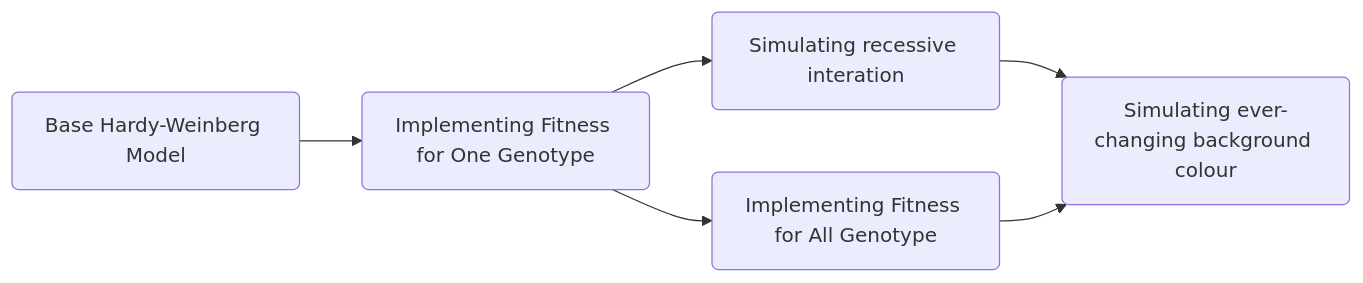
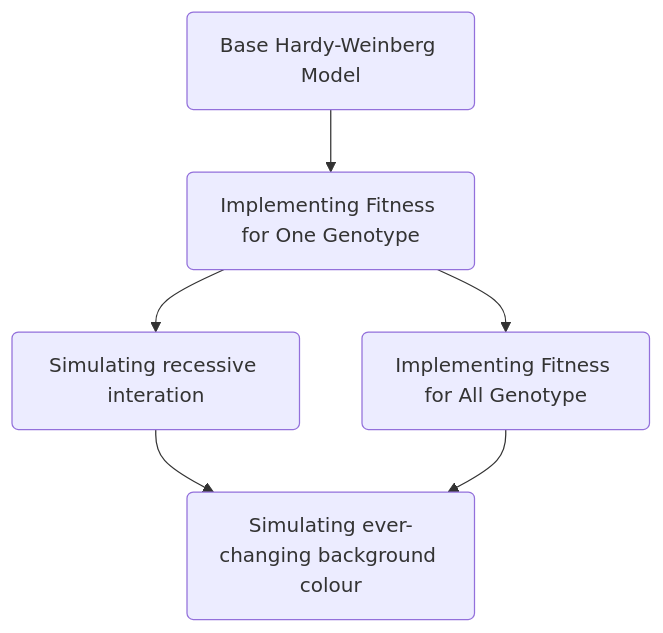
One commit to darren1998s/darren1998s.github.io changed the second of 2 diagrams in sps_files/folder1/HW Simulation project.md. Above: the diagram before and after it, drawn with Mermaid.

Commit message:
Update HW Simulation project.md

````diff
--- a/sps_files/folder1/HW Simulation project.md
+++ b/sps_files/folder1/HW Simulation project.md
@@ -69,8 +69,8 @@
 ```mermaid
-graph LR;
+graph TD;
     A(Base Hardy-Weinberg Model) --> B(Implementing Fitness for One Genotype)
     B(Implementing Fitness for One Genotype) --> C(Simulating recessive interation)
     B(Implementing Fitness for One Genotype) --> D(Implementing Fitness for All Genotype)
     C(Simulating recessive interation) --> E(Simulating ever-changing background colour)
     D(Implementing Fitness for All Genotype) --> E(Simulating ever-changing background colour)
 ```
````
